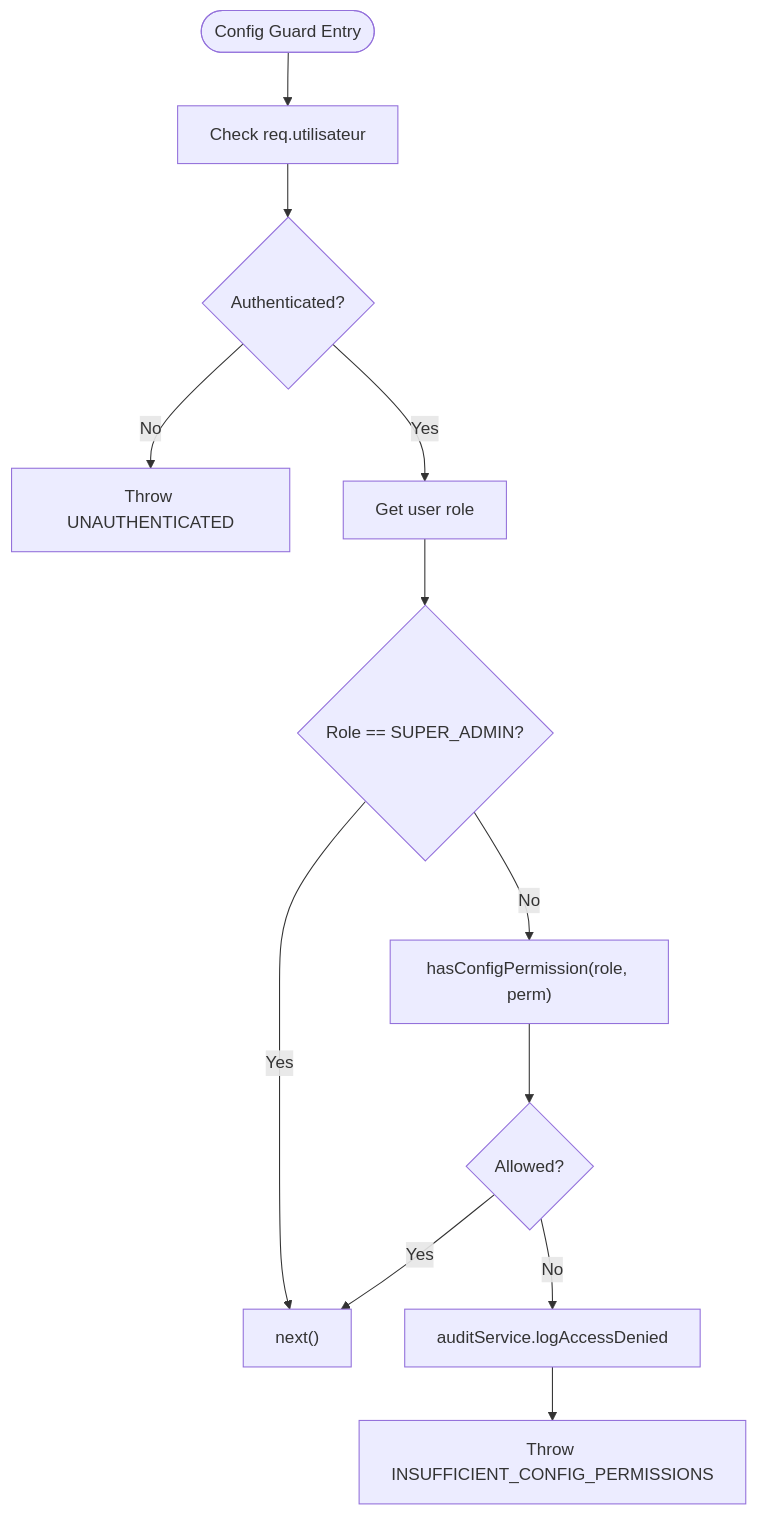
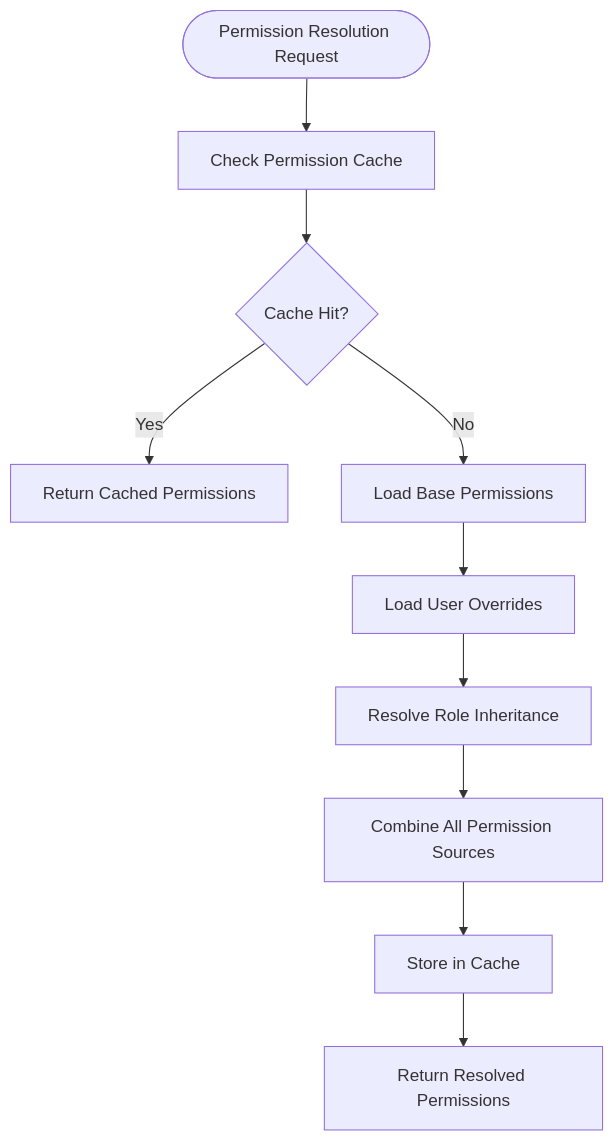
Before and after one commit to franckylab/eLISAschool: the fourth of 5 diagrams in .qoder/repowiki/en/content/Authentication & Authorization/Role-Based Access Control.md, drawn with Mermaid. The commit also changed other lines of this file and 75 other files, not shown here.

````diff
--- a/.qoder/repowiki/en/content/Authentication & Authorization/Role-Based Access Control.md
+++ b/.qoder/repowiki/en/content/Authentication & Authorization/Role-Based Access Control.md
@@ -273,14 +288,12 @@
 ```mermaid
 flowchart TD
-Start(["Config Guard Entry"]) --> CheckAuth["Check req.utilisateur"]
-CheckAuth --> IsAuth{"Authenticated?"}
-IsAuth --> |No| ThrowUnauth["Throw UNAUTHENTICATED"]
-IsAuth --> |Yes| GetRole["Get user role"]
-GetRole --> IsSuper{"Role == SUPER_ADMIN?"}
-IsSuper --> |Yes| Allow["next()"]
-IsSuper --> |No| CheckPerm["hasConfigPermission(role, perm)"]
-CheckPerm --> HasPerm{"Allowed?"}
-HasPerm --> |Yes| Allow
-HasPerm --> |No| LogDeny["auditService.logAccessDenied"]
-LogDeny --> Throw403["Throw INSUFFICIENT_CONFIG_PERMISSIONS"]
+Start(["Permission Resolution Request"]) --> CheckCache["Check Permission Cache"]
+CheckCache --> CacheHit{"Cache Hit?"}
+CacheHit --> |Yes| ReturnCached["Return Cached Permissions"]
+CacheHit --> |No| LoadBase["Load Base Permissions"]
+LoadBase --> LoadOverrides["Load User Overrides"]
+LoadOverrides --> ResolveInheritance["Resolve Role Inheritance"]
+ResolveInheritance --> CombinePermissions["Combine All Permission Sources"]
+CombinePermissions --> StoreCache["Store in Cache"]
+StoreCache --> ReturnResolved["Return Resolved Permissions"]
 ```
````
